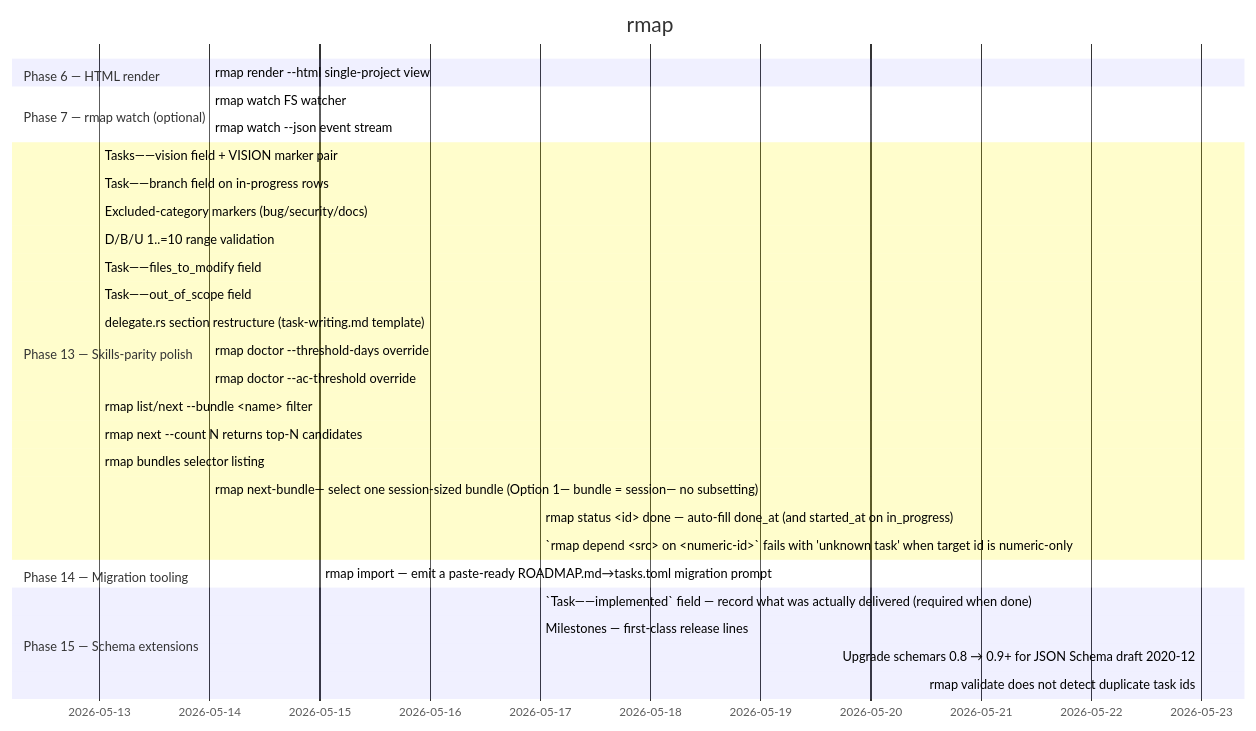
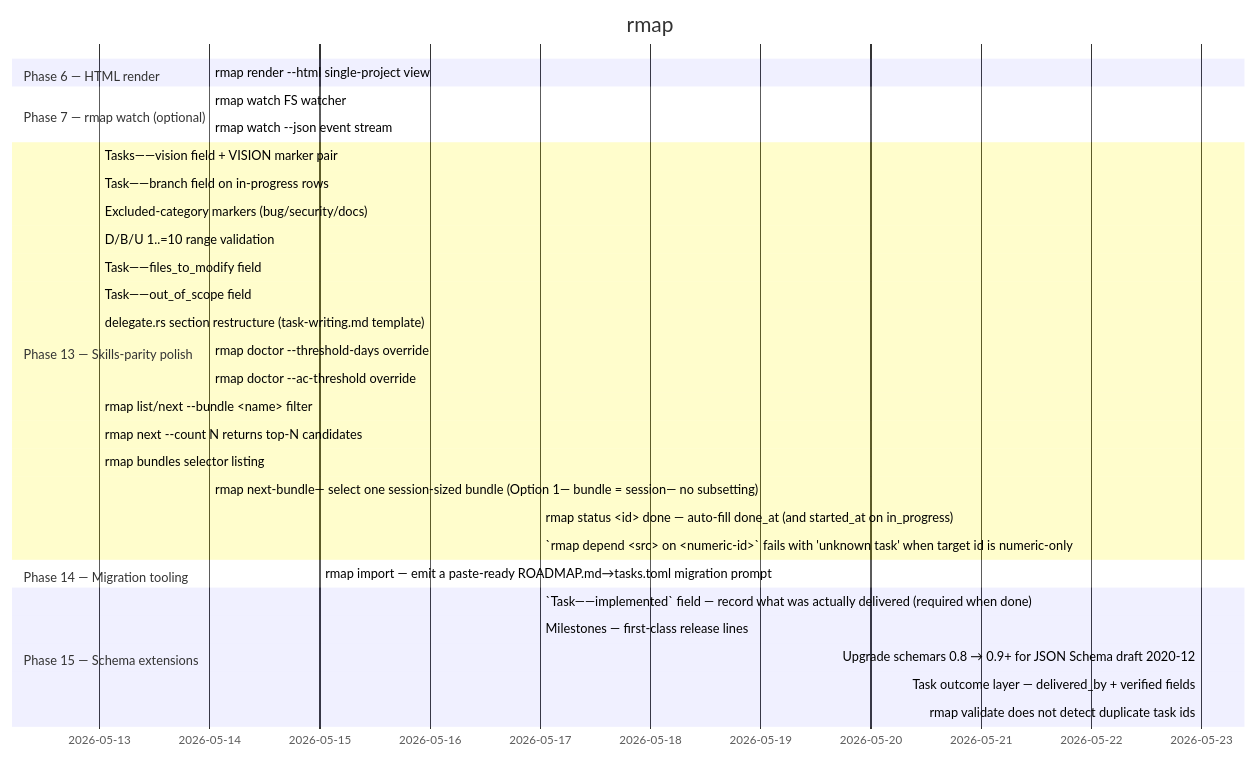
Before and after one commit to ZenHive/rmap: the diagram in ROADMAP.md, drawn with Mermaid. The commit also changed other lines of this file and 17 other files, not shown here.

Commit message:
phase 15 task 28: outcome layer — delivered_by + verified fields (schema_outcome bundle)

````diff
--- a/ROADMAP.md
+++ b/ROADMAP.md
@@ -14,33 +14,34 @@
 ```mermaid
 gantt
     title rmap
     dateFormat YYYY-MM-DD
     section Phase 6 — HTML render
     rmap render --html single-project view :done, 2026-05-14, 2026-05-14
     section Phase 7 — rmap watch (optional)
     rmap watch FS watcher :done, 2026-05-14, 2026-05-14
     rmap watch --json event stream :done, 2026-05-14, 2026-05-14
     section Phase 13 — Skills-parity polish
     Tasks——vision field + VISION marker pair :done, 2026-05-13, 2026-05-13
     Task——branch field on in-progress rows :done, 2026-05-13, 2026-05-13
     Excluded-category markers (bug/security/docs) :done, 2026-05-13, 2026-05-13
     D/B/U 1..=10 range validation :done, 2026-05-13, 2026-05-13
     Task——files_to_modify field :done, 2026-05-13, 2026-05-13
     Task——out_of_scope field :done, 2026-05-13, 2026-05-13
     delegate.rs section restructure (task-writing.md template) :done, 2026-05-13, 2026-05-13
     rmap doctor --threshold-days override :done, 2026-05-14, 2026-05-14
     rmap doctor --ac-threshold override :done, 2026-05-14, 2026-05-14
     rmap list/next --bundle <name> filter :done, 2026-05-13, 2026-05-13
     rmap next --count N returns top-N candidates :done, 2026-05-13, 2026-05-13
     rmap bundles selector listing :done, 2026-05-13, 2026-05-13
     rmap next-bundle— select one session-sized bundle (Option 1— bundle = session— no subsetting) :done, 2026-05-14, 2026-05-14
     rmap status <id> done — auto-fill done_at (and started_at on in_progress) :done, 2026-05-17, 2026-05-17
     `rmap depend <src> on <numeric-id>` fails with 'unknown task' when target id is numeric-only :done, 2026-05-17, 2026-05-17
     section Phase 14 — Migration tooling
     rmap import — emit a paste-ready ROADMAP.md→tasks.toml migration prompt :done, 2026-05-15, 2026-05-15
     section Phase 15 — Schema extensions
     `Task——implemented` field — record what was actually delivered (required when done) :done, 2026-05-17, 2026-05-17
     Milestones — first-class release lines :done, 2026-05-17, 2026-05-17
     Upgrade schemars 0.8 → 0.9+ for JSON Schema draft 2020-12 :done, 2026-05-23, 2026-05-23
+    Task outcome layer — delivered_by + verified fields :done, 2026-05-23, 2026-05-23
     rmap validate does not detect duplicate task ids :done, 2026-05-23, 2026-05-23
 ```
````
